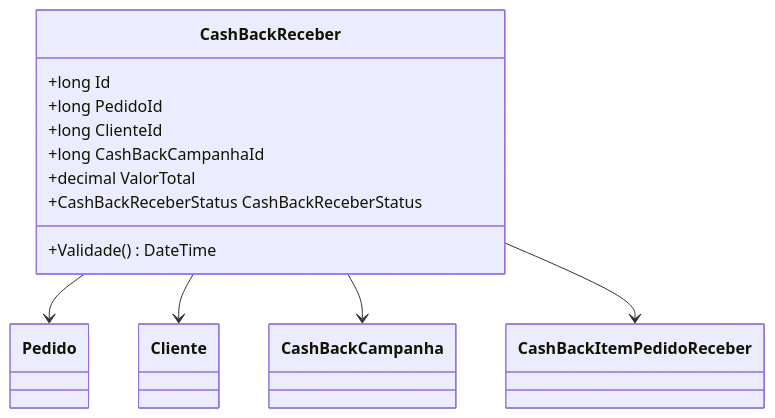
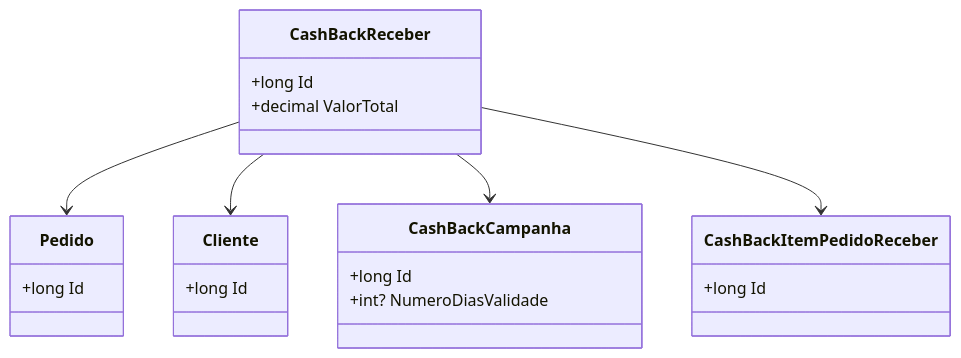
The second of 2 diagrams in docs/b2b-dominio/IsthmusWinthor.Nucleo/IsthmusWinthor.Dominio/Entidades/CashBackReceber.md (IsthmusSistemas/documentacao-tecnica), drawn with Mermaid before and after one commit. The commit also changed other lines of this file and 882 other files, not shown here.

````diff
--- a/docs/b2b-dominio/IsthmusWinthor.Nucleo/IsthmusWinthor.Dominio/Entidades/CashBackReceber.md
+++ b/docs/b2b-dominio/IsthmusWinthor.Nucleo/IsthmusWinthor.Dominio/Entidades/CashBackReceber.md
@@ -40,16 +44,25 @@
 ```mermaid
 classDiagram
     class CashBackReceber {
         +long Id
-        +long PedidoId
-        +long ClienteId
-        +long CashBackCampanhaId
         +decimal ValorTotal
-        +CashBackReceberStatus CashBackReceberStatus
-        +Validade() DateTime
     }
+    class Pedido {
+        +long Id
+    }
+    class Cliente {
+        +long Id
+    }
+    class CashBackCampanha {
+        +long Id
+        +int? NumeroDiasValidade
+    }
+    class CashBackItemPedidoReceber {
+        +long Id
+    }
+
     CashBackReceber --> Pedido
     CashBackReceber --> Cliente
     CashBackReceber --> CashBackCampanha
     CashBackReceber --> CashBackItemPedidoReceber
 ```
````
